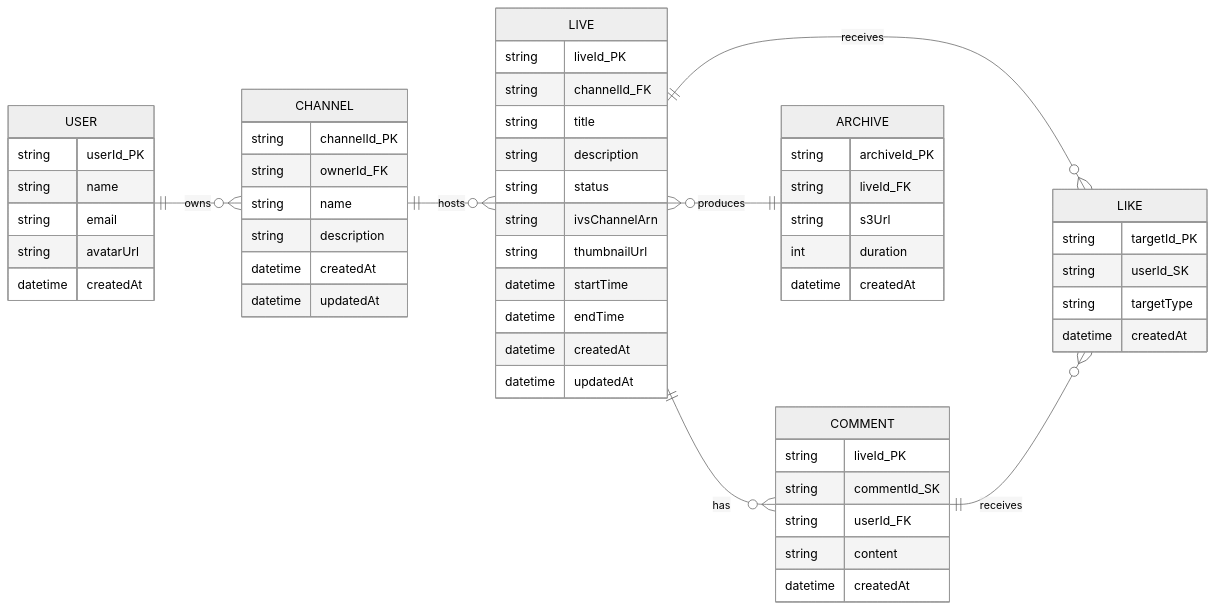
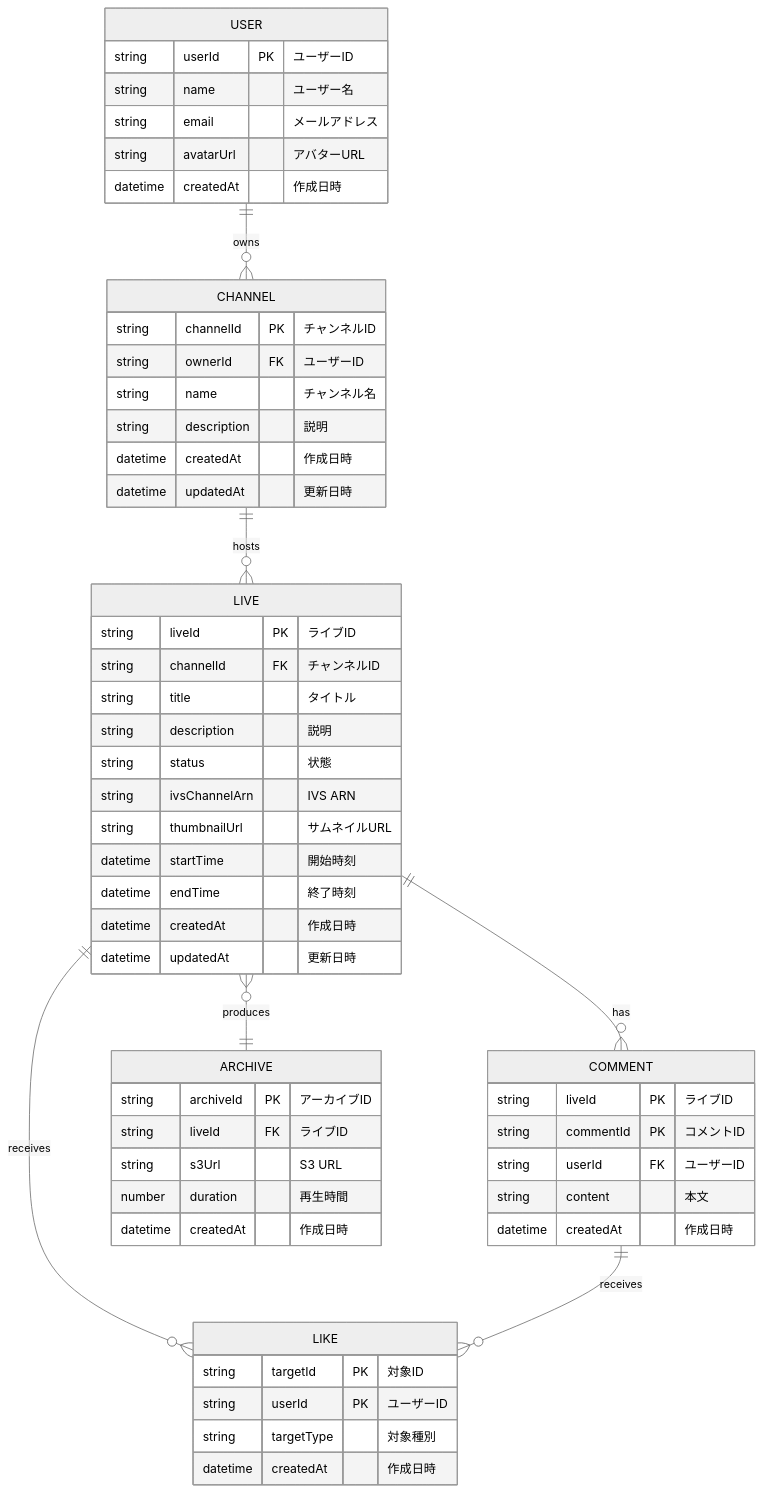
The diagram in design/DB/ER図.md (Syota622/cdk_live), drawn with Mermaid (neutral theme) before and after one commit.

Commit message:
修正

````diff
--- a/design/DB/ER図.md
+++ b/design/DB/ER図.md
@@ -1,68 +1,65 @@
 ```mermaid
 erDiagram
 
-  direction LR
+    USER {
+        string userId PK "ユーザーID"
+        string name "ユーザー名"
+        string email "メールアドレス"
+        string avatarUrl "アバターURL"
+        datetime createdAt "作成日時"
+    }
 
-  USER {
-    string userId_PK
-    string name
-    string email
-    string avatarUrl
-    datetime createdAt
-  }
+    CHANNEL {
+        string channelId PK "チャンネルID"
+        string ownerId FK "ユーザーID"
+        string name "チャンネル名"
+        string description "説明"
+        datetime createdAt "作成日時"
+        datetime updatedAt "更新日時"
+    }
 
-  CHANNEL {
-    string channelId_PK
-    string ownerId_FK
-    string name
-    string description
-    datetime createdAt
-    datetime updatedAt
-  }
+    LIVE {
+        string liveId PK "ライブID"
+        string channelId FK "チャンネルID"
+        string title "タイトル"
+        string description "説明"
+        string status "状態"
+        string ivsChannelArn "IVS ARN"
+        string thumbnailUrl "サムネイルURL"
+        datetime startTime "開始時刻"
+        datetime endTime "終了時刻"
+        datetime createdAt "作成日時"
+        datetime updatedAt "更新日時"
+    }
 
-  LIVE {
-    string liveId_PK
-    string channelId_FK
-    string title
-    string description
-    string status
-    string ivsChannelArn
-    string thumbnailUrl
-    datetime startTime
-    datetime endTime
-    datetime createdAt
-    datetime updatedAt
-  }
+    COMMENT {
+        string liveId PK "ライブID"
+        string commentId PK "コメントID"
+        string userId FK "ユーザーID"
+        string content "本文"
+        datetime createdAt "作成日時"
+    }
 
-  COMMENT {
-    string liveId_PK
-    string commentId_SK
-    string userId_FK
-    string content
-    datetime createdAt
-  }
+    ARCHIVE {
+        string archiveId PK "アーカイブID"
+        string liveId FK "ライブID"
+        string s3Url "S3 URL"
+        number duration "再生時間"
+        datetime createdAt "作成日時"
+    }
 
-  ARCHIVE {
-    string archiveId_PK
-    string liveId_FK
-    string s3Url
-    int duration
-    datetime createdAt
-  }
+    LIKE {
+        string targetId PK "対象ID"
+        string userId PK "ユーザーID"
+        string targetType "対象種別"
+        datetime createdAt "作成日時"
+    }
 
-  LIKE {
-    string targetId_PK
-    string userId_SK
-    string targetType
-    datetime createdAt
-  }
-
-  USER ||--o{ CHANNEL : owns
-  CHANNEL ||--o{ LIVE : hosts
-  LIVE ||--o{ COMMENT : has
-  LIVE }o--|| ARCHIVE : produces
-  LIVE ||--o{ LIKE : receives
-  COMMENT ||--o{ LIKE : receives
-
+    USER ||--o{ CHANNEL : owns
+    CHANNEL ||--o{ LIVE : hosts
+    LIVE ||--o{ COMMENT : has
+    LIVE }o--|| ARCHIVE : produces
+    LIVE ||--o{ LIKE : receives
+    COMMENT ||--o{ LIKE : receives
 
 ```
````
